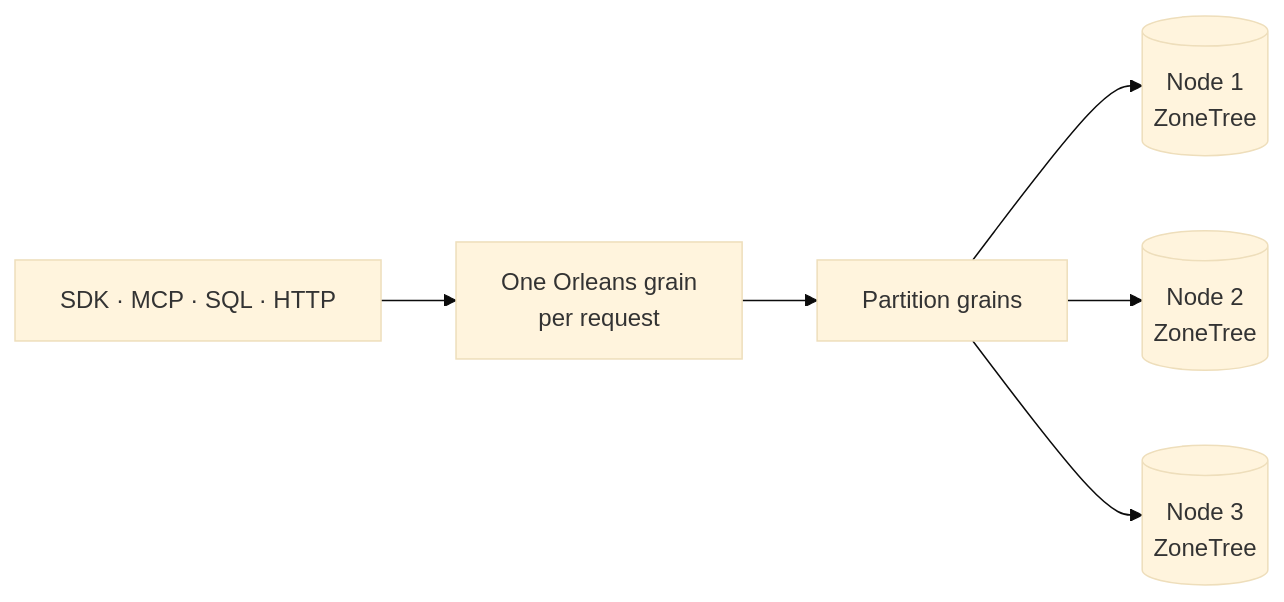
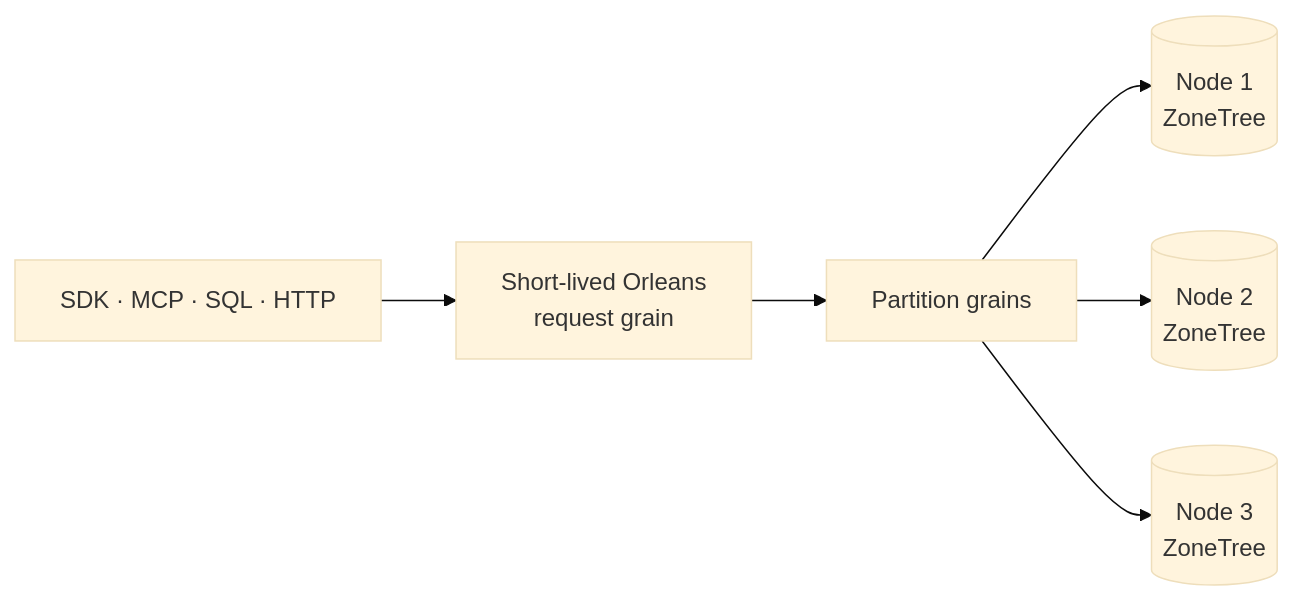
One commit to managedcode/KeyLoad changed the third of 3 diagrams in README.md. Above: the diagram before and after it, drawn with Mermaid (base theme). The commit also changed other lines of this file and 5 other files, not shown here.

Commit message:
Clarify connection and request grain lifetimes

````diff
--- a/README.md
+++ b/README.md
@@ -158,8 +158,8 @@
 ```mermaid
 flowchart LR
-    Callers["SDK · MCP · SQL · HTTP"] --> Request["One Orleans grain<br/>per request"]
+    Callers["SDK · MCP · SQL · HTTP"] --> Request["Short-lived Orleans<br/>request grain"]
     Request --> Partition["Partition grains"]
     Partition --> N1[("Node 1<br/>ZoneTree")]
     Partition --> N2[("Node 2<br/>ZoneTree")]
     Partition --> N3[("Node 3<br/>ZoneTree")]
 ```
````
